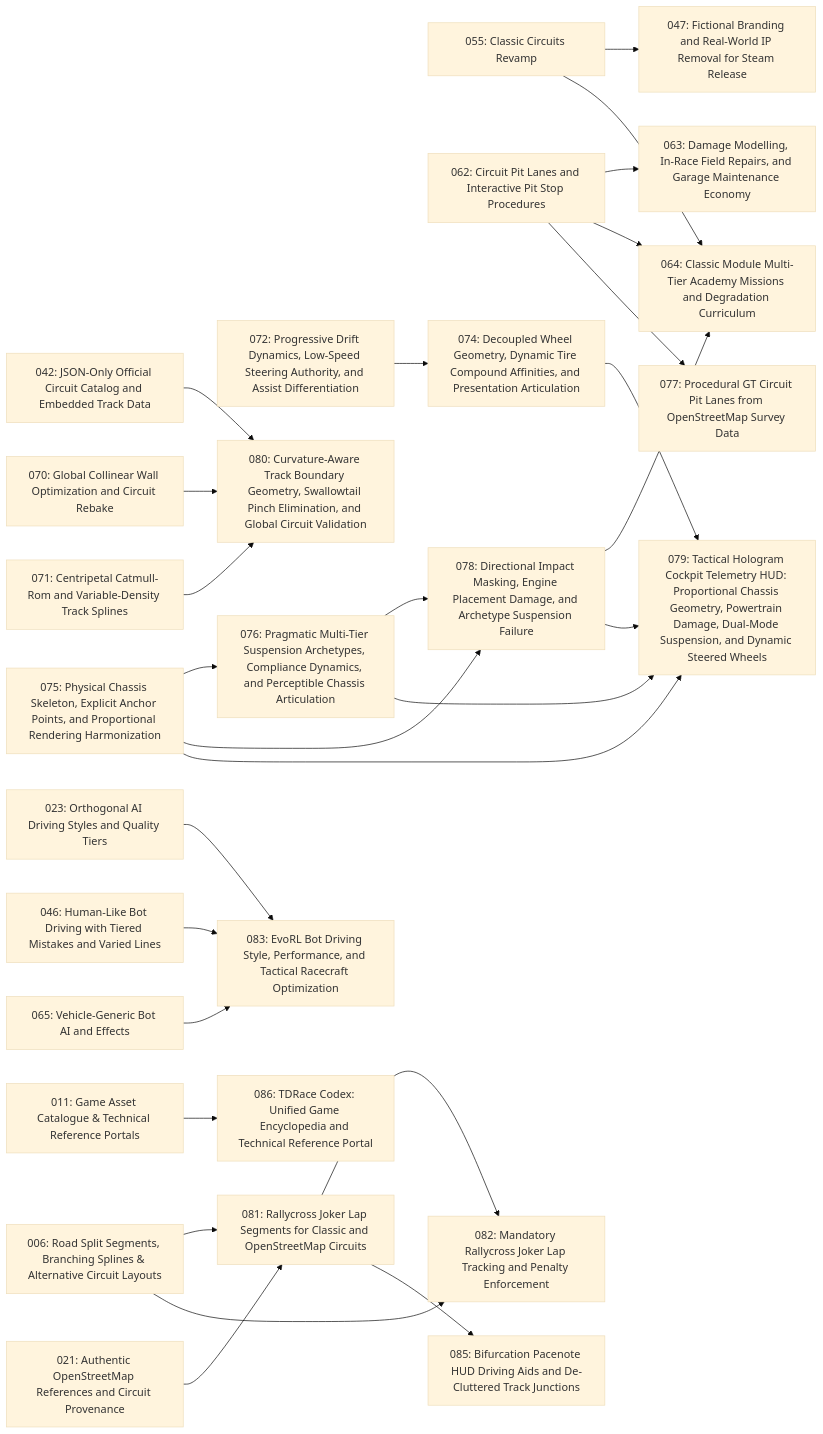
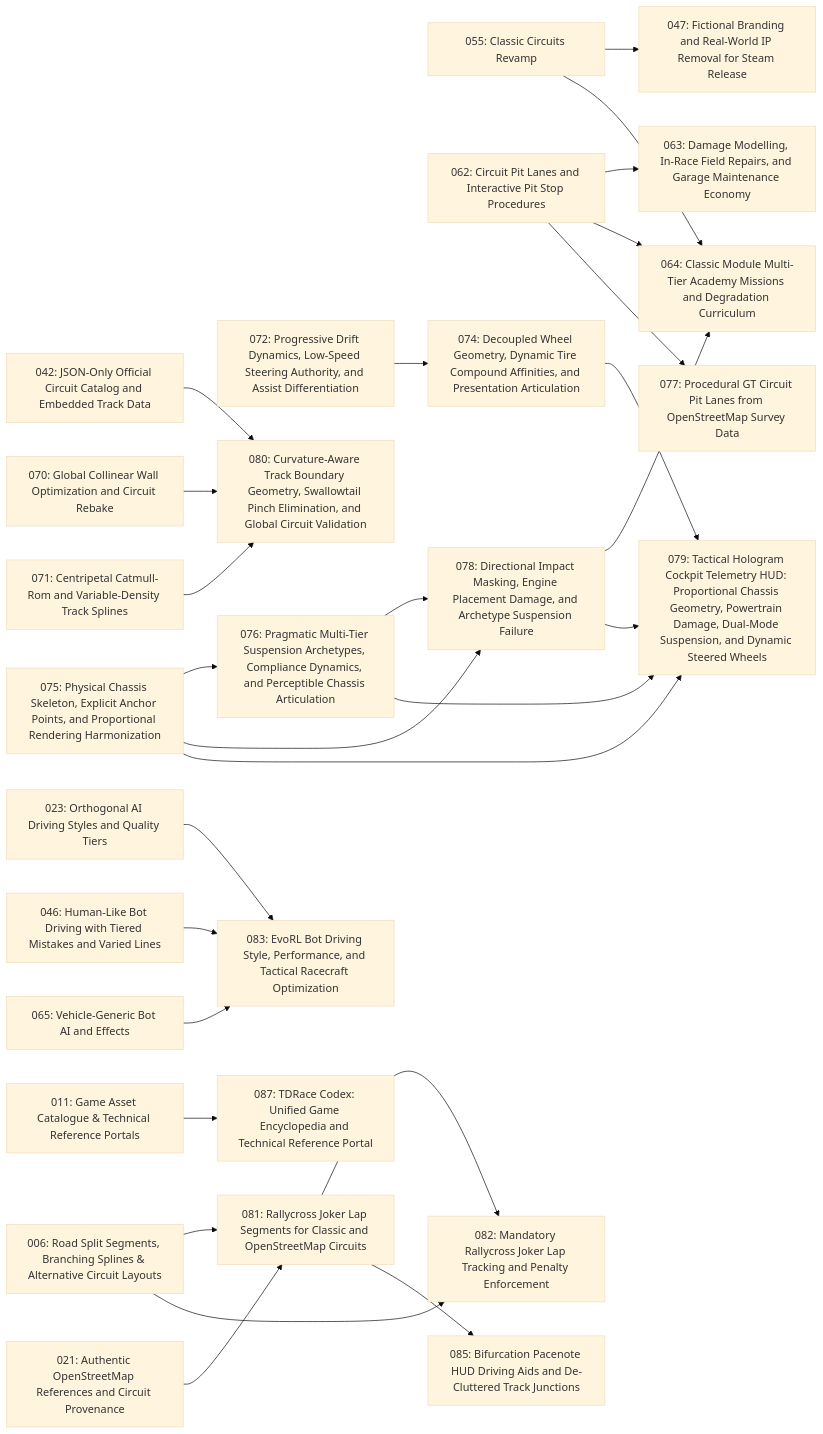
The diagram in specs/index.md (magomar/tdrace), drawn with Mermaid (base theme) before and after one commit. The commit also changed other lines of this file and 3 other files, not shown here.

First line of the commit message:
docs(spec): approve spec 087 TDRace Codex (tdrace-b3u4)

````diff
--- a/specs/index.md
+++ b/specs/index.md
@@ -113,56 +113,56 @@
 ```mermaid
 flowchart LR
     006["006: Road Split Segments, Branching Splines & Alternative Circuit Layouts"]
     011["011: Game Asset Catalogue & Technical Reference Portals"]
     021["021: Authentic OpenStreetMap References and Circuit Provenance"]
     023["023: Orthogonal AI Driving Styles and Quality Tiers"]
     042["042: JSON-Only Official Circuit Catalog and Embedded Track Data"]
     046["046: Human-Like Bot Driving with Tiered Mistakes and Varied Lines"]
     047["047: Fictional Branding and Real-World IP Removal for Steam Release"]
     055["055: Classic Circuits Revamp"]
     062["062: Circuit Pit Lanes and Interactive Pit Stop Procedures"]
     063["063: Damage Modelling, In-Race Field Repairs, and Garage Maintenance Economy"]
     064["064: Classic Module Multi-Tier Academy Missions and Degradation Curriculum"]
     065["065: Vehicle-Generic Bot AI and Effects"]
     070["070: Global Collinear Wall Optimization and Circuit Rebake"]
     071["071: Centripetal Catmull-Rom and Variable-Density Track Splines"]
     072["072: Progressive Drift Dynamics, Low-Speed Steering Authority, and Assist Differentiation"]
     074["074: Decoupled Wheel Geometry, Dynamic Tire Compound Affinities, and Presentation Articulation"]
     075["075: Physical Chassis Skeleton, Explicit Anchor Points, and Proportional Rendering Harmonization"]
     076["076: Pragmatic Multi-Tier Suspension Archetypes, Compliance Dynamics, and Perceptible Chassis Articulation"]
     077["077: Procedural GT Circuit Pit Lanes from OpenStreetMap Survey Data"]
     078["078: Directional Impact Masking, Engine Placement Damage, and Archetype Suspension Failure"]
     079["079: Tactical Hologram Cockpit Telemetry HUD: Proportional Chassis Geometry, Powertrain Damage, Dual-Mode Suspension, and Dynamic Steered Wheels"]
     080["080: Curvature-Aware Track Boundary Geometry, Swallowtail Pinch Elimination, and Global Circuit Validation"]
     081["081: Rallycross Joker Lap Segments for Classic and OpenStreetMap Circuits"]
     082["082: Mandatory Rallycross Joker Lap Tracking and Penalty Enforcement"]
     083["083: EvoRL Bot Driving Style, Performance, and Tactical Racecraft Optimization"]
     085["085: Bifurcation Pacenote HUD Driving Aids and De-Cluttered Track Junctions"]
-    086["086: TDRace Codex: Unified Game Encyclopedia and Technical Reference Portal"]
+    087["087: TDRace Codex: Unified Game Encyclopedia and Technical Reference Portal"]
     055 --> 047
     062 --> 063
     055 --> 064
     062 --> 064
     078 --> 064
     072 --> 074
     075 --> 076
     062 --> 077
     075 --> 078
     076 --> 078
     074 --> 079
     075 --> 079
     076 --> 079
     078 --> 079
     042 --> 080
     070 --> 080
     071 --> 080
     006 --> 081
     021 --> 081
     006 --> 082
     081 --> 082
     023 --> 083
     046 --> 083
     065 --> 083
     081 --> 085
-    011 --> 086
+    011 --> 087
 ```
````
